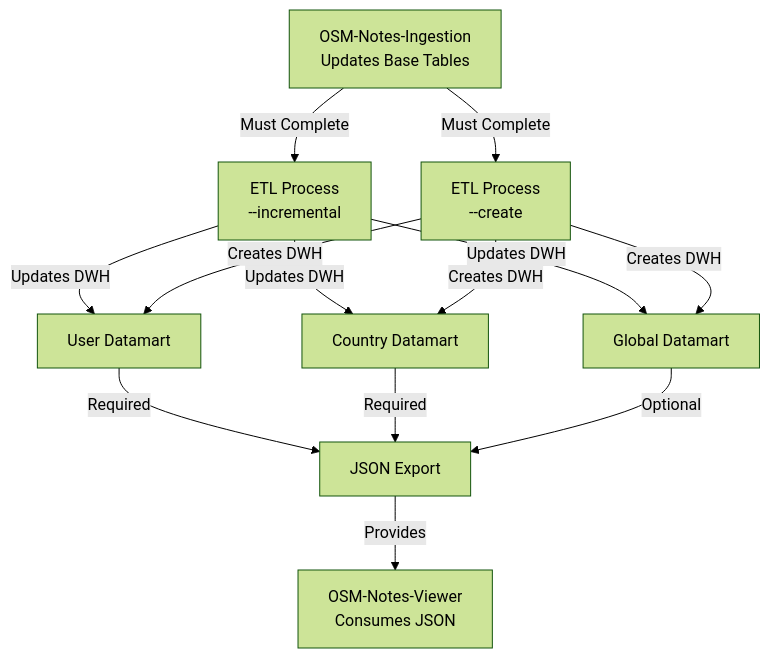
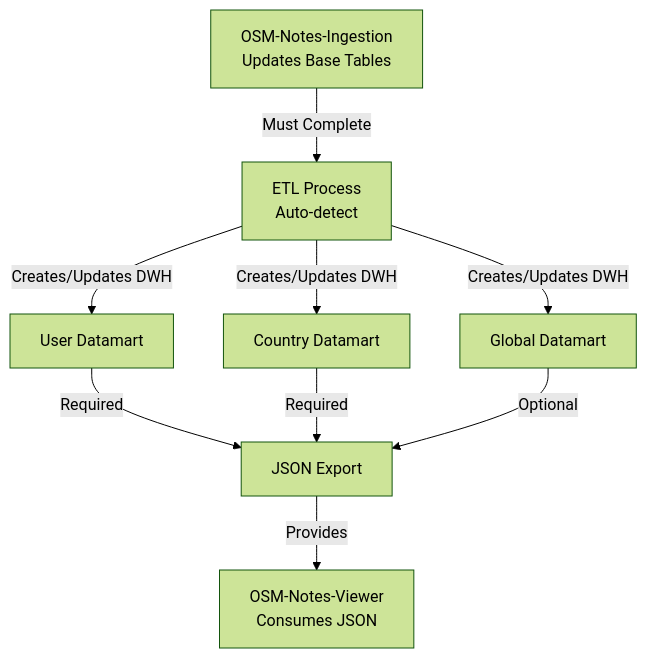
The fourth of 7 diagrams in docs/Deployment_Diagram.md (OSMLatam/OSM-Notes-Analytics), drawn with Mermaid (forest theme) before and after one commit. The commit also changed other lines of this file and 20 other files, not shown here.

First line of the commit message:
refactor: Simplify ETL execution by implementing auto-detection for initial and incremental loads

````diff
--- a/docs/Deployment_Diagram.md
+++ b/docs/Deployment_Diagram.md
@@ -229,32 +229,26 @@
 ```mermaid
 graph TD
     INGESTION[OSM-Notes-Ingestion<br/>Updates Base Tables]
     
-    ETL[ETL Process<br/>--incremental]
-    ETL_FULL[ETL Process<br/>--create]
+    ETL[ETL Process<br/>Auto-detect]
     
     DATAMART_USERS[User Datamart]
     DATAMART_COUNTRIES[Country Datamart]
     DATAMART_GLOBAL[Global Datamart]
     
     EXPORT[JSON Export]
     
     VIEWER[OSM-Notes-Viewer<br/>Consumes JSON]
     
     INGESTION -->|Must Complete| ETL
-    INGESTION -->|Must Complete| ETL_FULL
     
-    ETL -->|Updates DWH| DATAMART_USERS
-    ETL -->|Updates DWH| DATAMART_COUNTRIES
-    ETL -->|Updates DWH| DATAMART_GLOBAL
-    
-    ETL_FULL -->|Creates DWH| DATAMART_USERS
-    ETL_FULL -->|Creates DWH| DATAMART_COUNTRIES
-    ETL_FULL -->|Creates DWH| DATAMART_GLOBAL
+    ETL -->|Creates/Updates DWH| DATAMART_USERS
+    ETL -->|Creates/Updates DWH| DATAMART_COUNTRIES
+    ETL -->|Creates/Updates DWH| DATAMART_GLOBAL
     
     DATAMART_USERS -->|Required| EXPORT
     DATAMART_COUNTRIES -->|Required| EXPORT
     DATAMART_GLOBAL -->|Optional| EXPORT
     
     EXPORT -->|Provides| VIEWER
 ```
````
